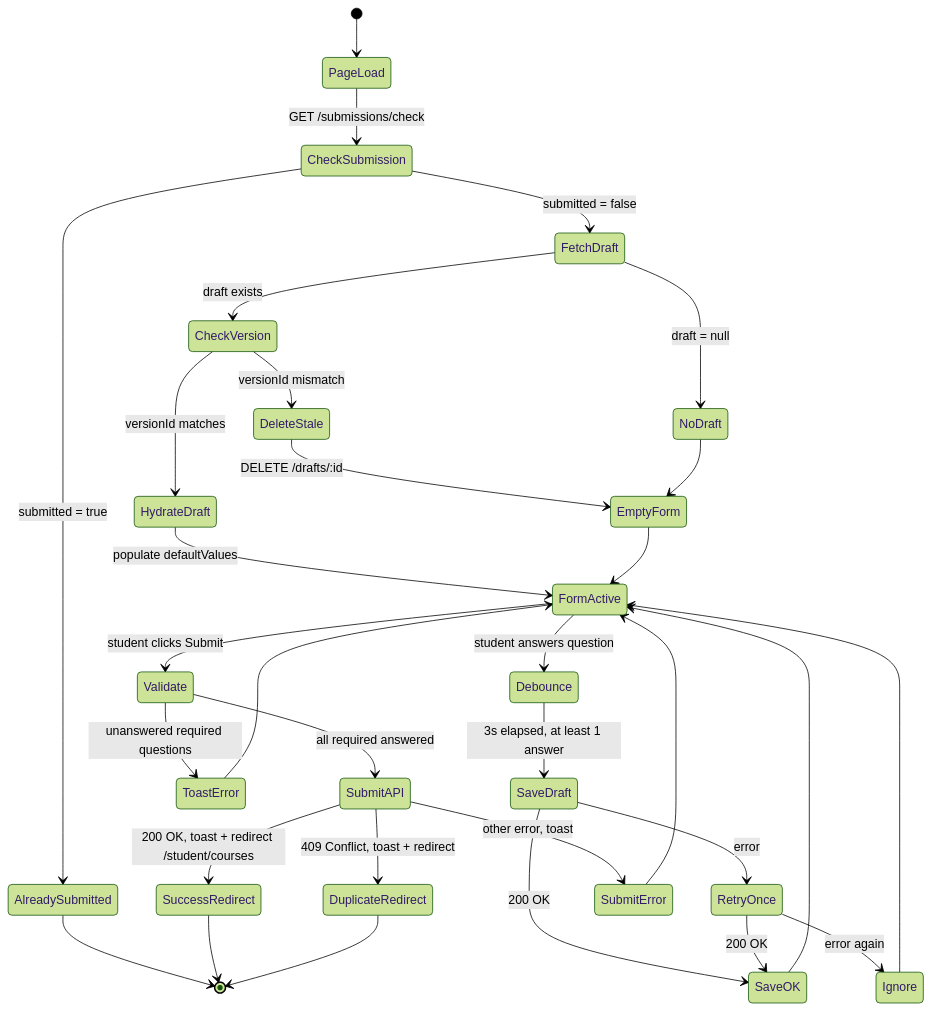
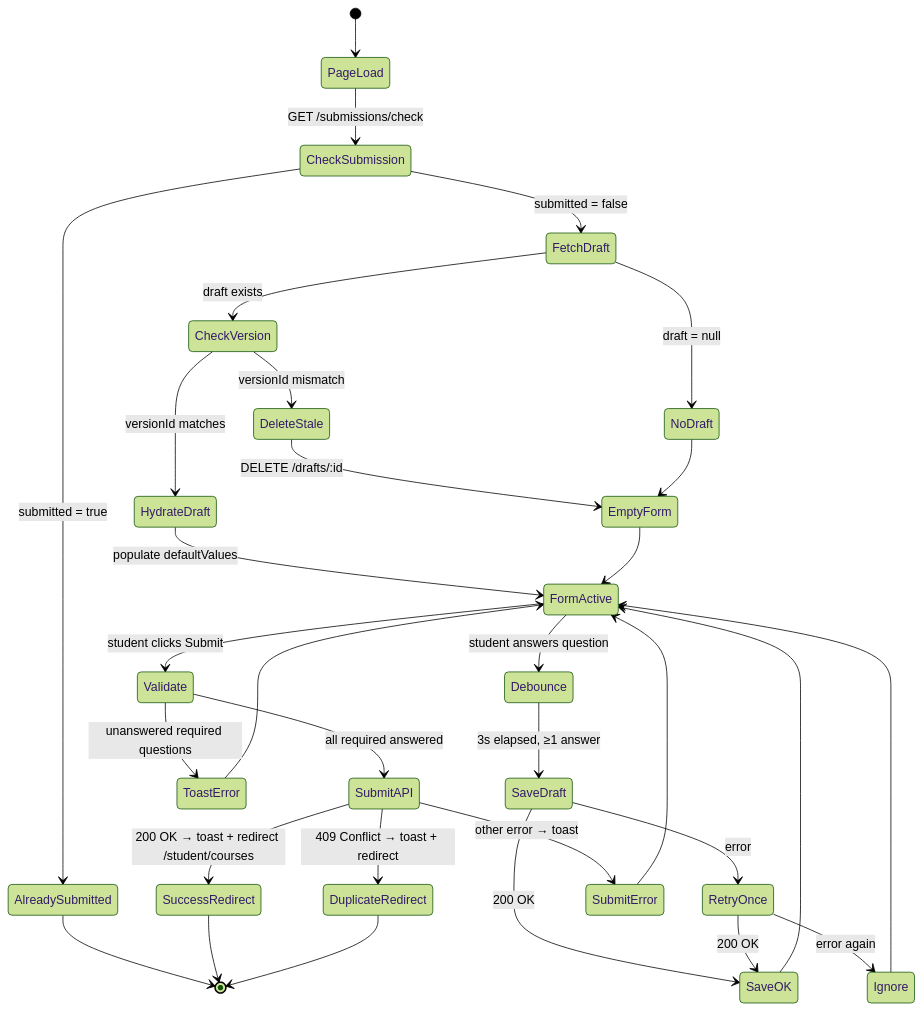
One commit to CtrlAltElite-Devs/docs.dev.faculytics changed the third of 3 diagrams in content/docs/frontend/questionnaire-form-renderer.mdx. Above: the diagram before and after it, drawn with Mermaid (forest theme). The commit also changed other lines of this file and 19 other files, not shown here.

````diff
--- a/content/docs/frontend/questionnaire-form-renderer.mdx
+++ b/content/docs/frontend/questionnaire-form-renderer.mdx
@@ -698,42 +699,42 @@
 ```mermaid
 stateDiagram-v2
     [*] --> PageLoad
 
     PageLoad --> CheckSubmission: GET /submissions/check
     CheckSubmission --> AlreadySubmitted: submitted = true
     CheckSubmission --> FetchDraft: submitted = false
 
     FetchDraft --> NoDraft: draft = null
     FetchDraft --> CheckVersion: draft exists
 
     CheckVersion --> HydrateDraft: versionId matches
     CheckVersion --> DeleteStale: versionId mismatch
 
     DeleteStale --> EmptyForm: DELETE /drafts/:id
     NoDraft --> EmptyForm
 
     HydrateDraft --> FormActive: populate defaultValues
     EmptyForm --> FormActive
 
     FormActive --> Debounce: student answers question
-    Debounce --> SaveDraft: 3s elapsed, at least 1 answer
+    Debounce --> SaveDraft: 3s elapsed, ≥1 answer
     SaveDraft --> SaveOK: 200 OK
     SaveDraft --> RetryOnce: error
     RetryOnce --> SaveOK: 200 OK
     RetryOnce --> Ignore: error again
     SaveOK --> FormActive
     Ignore --> FormActive
 
     FormActive --> Validate: student clicks Submit
     Validate --> ToastError: unanswered required questions
     ToastError --> FormActive
     Validate --> SubmitAPI: all required answered
-    SubmitAPI --> SuccessRedirect: 200 OK, toast + redirect /student/courses
-    SubmitAPI --> DuplicateRedirect: 409 Conflict, toast + redirect
-    SubmitAPI --> SubmitError: other error, toast
+    SubmitAPI --> SuccessRedirect: 200 OK → toast + redirect /student/courses
+    SubmitAPI --> DuplicateRedirect: 409 Conflict → toast + redirect
+    SubmitAPI --> SubmitError: other error → toast
 
     AlreadySubmitted --> [*]
     SuccessRedirect --> [*]
     DuplicateRedirect --> [*]
     SubmitError --> FormActive
 ```
````
